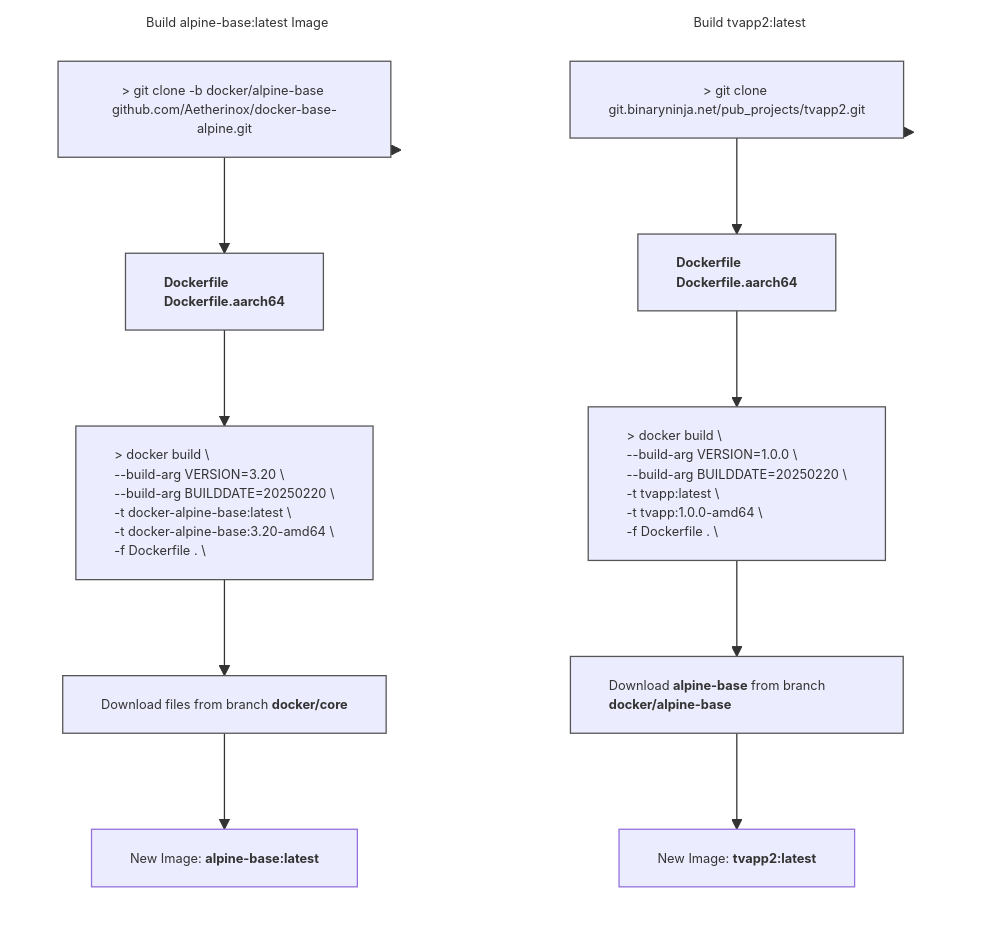
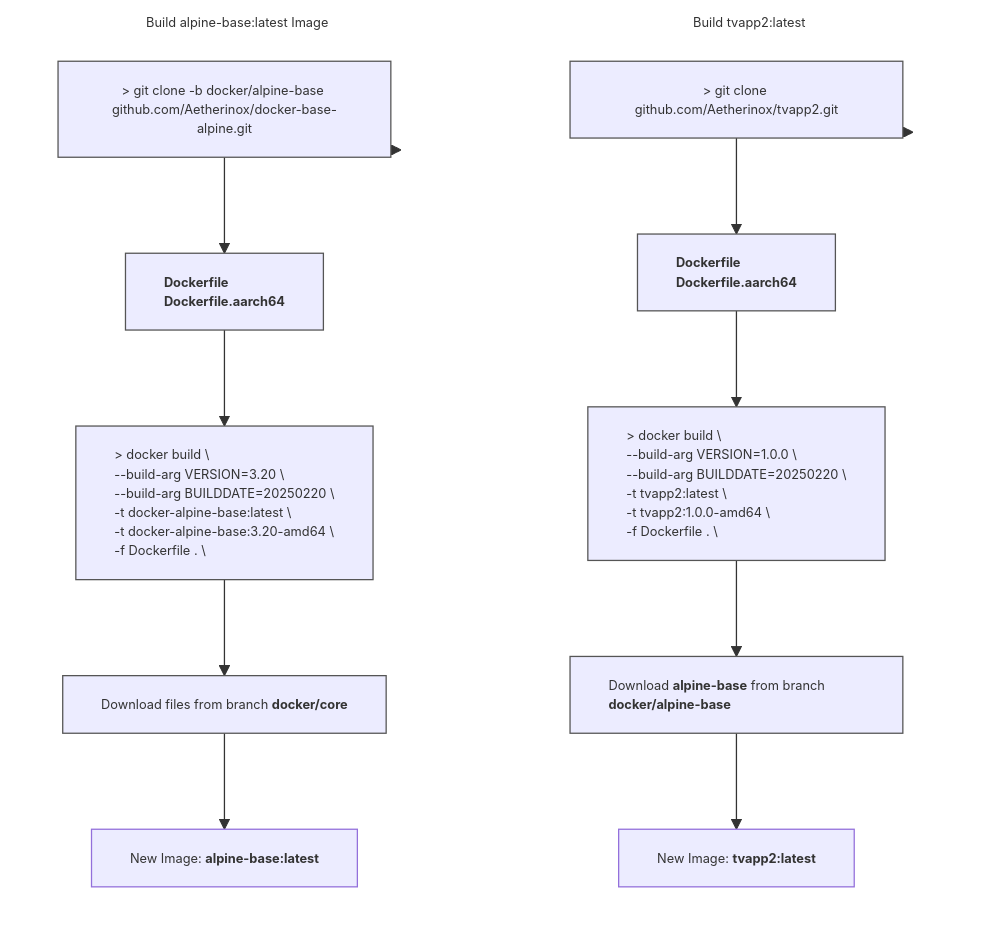
The diagram in README.md (aetherinox/docker-base-alpine), drawn with Mermaid before and after one commit. The commit also changed other lines of this file and 1 other file, not shown here.

````diff
--- a/README.md
+++ b/README.md
@@ -228,51 +228,51 @@
 ```mermaid
 %%{init: { 'themeVariables': { 'fontSize': '10px' }}}%%
 flowchart TB
 
 subgraph GRAPH_TVAPP ["Build tvapp2:latest"]
     direction TB
-    obj_step10["`&gt; git clone git.binaryninja.net/pub_projects/tvapp2.git`"]
+    obj_step10["`&gt; git clone github.com/Aetherinox/tvapp2.git`"]
     obj_step11["`**Dockerfile
      Dockerfile.aarch64**`"]
     obj_step12["`&gt; docker build &bsol;
     --build-arg VERSION=1.0.0 &bsol;
     --build-arg BUILDDATE=20250220 &bsol;
-    -t tvapp:latest &bsol;
-    -t tvapp:1.0.0-amd64 &bsol;
+    -t tvapp2:latest &bsol;
+    -t tvapp2:1.0.0-amd64 &bsol;
     -f Dockerfile . &bsol;`"]
     obj_step13["`Download **alpine-base** from branch **docker/alpine-base**`"]
     obj_step14["`New Image: **tvapp2:latest**`"]
 
     style obj_step10 text-align:center,stroke-width:1px,stroke:#555
     style obj_step11 text-align:left,stroke-width:1px,stroke:#555
     style obj_step12 text-align:left,stroke-width:1px,stroke:#555
     style obj_step13 text-align:left,stroke-width:1px,stroke:#555
 end
 
 style GRAPH_TVAPP text-align:center,stroke-width:1px,stroke:transparent,fill:transparent
 
 subgraph GRAPH_ALPINE["Build alpine-base:latest Image"]
 direction TB
     obj_step20["`&gt; git clone -b docker/alpine-base github.com/Aetherinox/docker-base-alpine.git`"]
     obj_step21["`**Dockerfile
      Dockerfile.aarch64**`"]
     obj_step22["`&gt; docker build &bsol;
     --build-arg VERSION=3.20 &bsol;
     --build-arg BUILDDATE=20250220 &bsol;
     -t docker-alpine-base:latest &bsol;
     -t docker-alpine-base:3.20-amd64 &bsol;
     -f Dockerfile . &bsol;`"]
     obj_step23["`Download files from branch **docker/core**`"]
     obj_step24["`New Image: **alpine-base:latest**`"]
 
     style obj_step20 text-align:center,stroke-width:1px,stroke:#555
     style obj_step21 text-align:left,stroke-width:1px,stroke:#555
     style obj_step22 text-align:left,stroke-width:1px,stroke:#555
     style obj_step23 text-align:left,stroke-width:1px,stroke:#555
 end
 
 style GRAPH_ALPINE text-align:center,stroke-width:1px,stroke:transparent,fill:transparent
 
 GRAPH_TVAPP --> obj_step10 --> obj_step11 --> obj_step12 --> obj_step13 --> obj_step14
 GRAPH_ALPINE --> obj_step20 --> obj_step21 --> obj_step22 --> obj_step23 --> obj_step24
 ```
````
